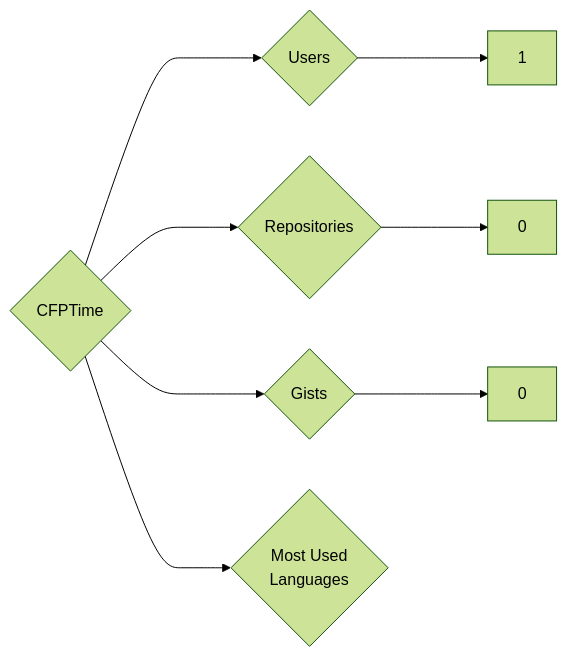
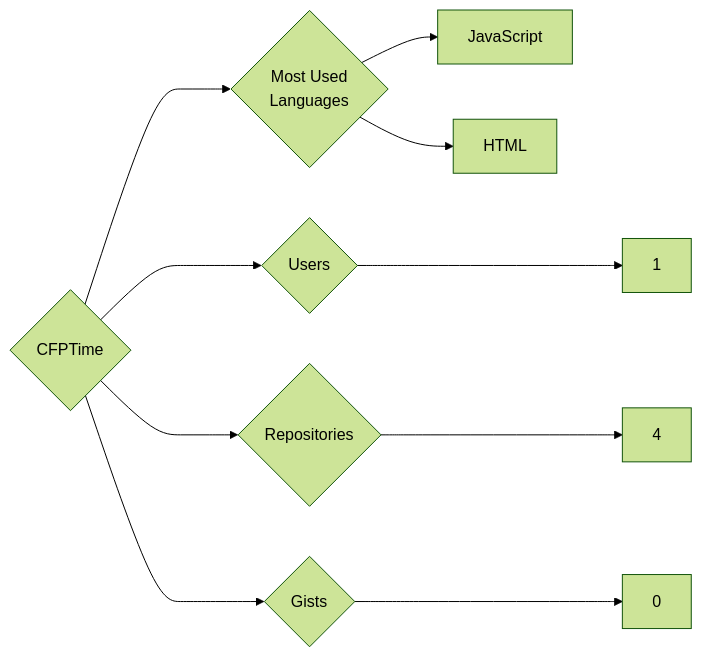
Before and after one commit to trickest/insiders: the diagram in targets/CFPTime/README.md, drawn with Mermaid (forest theme). The commit also changed 860 other files, not shown here.

````diff
--- a/targets/CFPTime/README.md
+++ b/targets/CFPTime/README.md
@@ -3,8 +3,10 @@
 ```mermaid
 graph LR
 COMPANY_NAME{CFPTime}
 COMPANY_NAME ---> U{Users} ---> UN[1]
-COMPANY_NAME ---> R{Repositories} ---> RN[0]
+COMPANY_NAME ---> R{Repositories} ---> RN[4]
 COMPANY_NAME ---> G{Gists} ---> GN[0]
 COMPANY_NAME ---> ML{Most Used<br>Languages}
+ML --> JavaScript[JavaScript]
+ML --> HTML[HTML]
 ```
````
